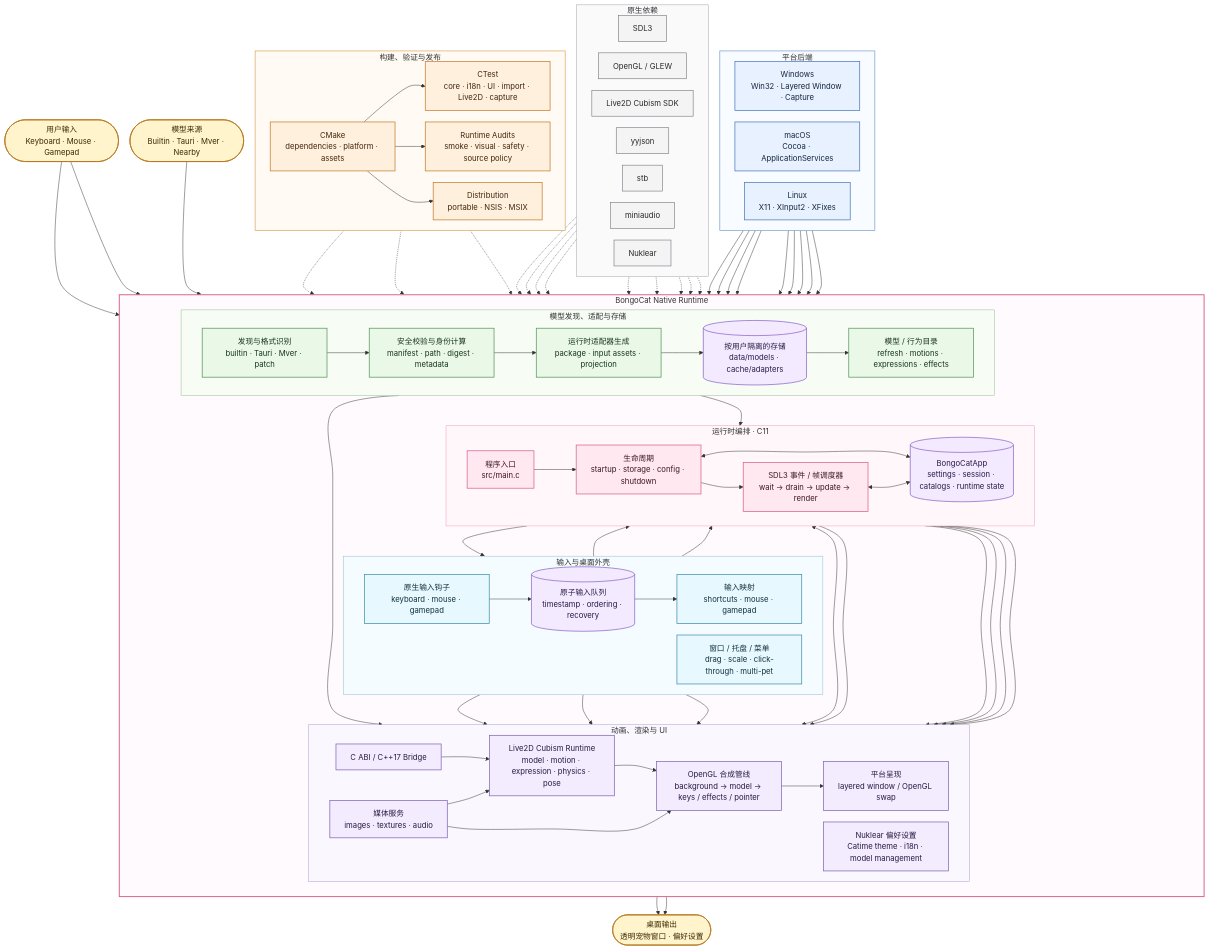
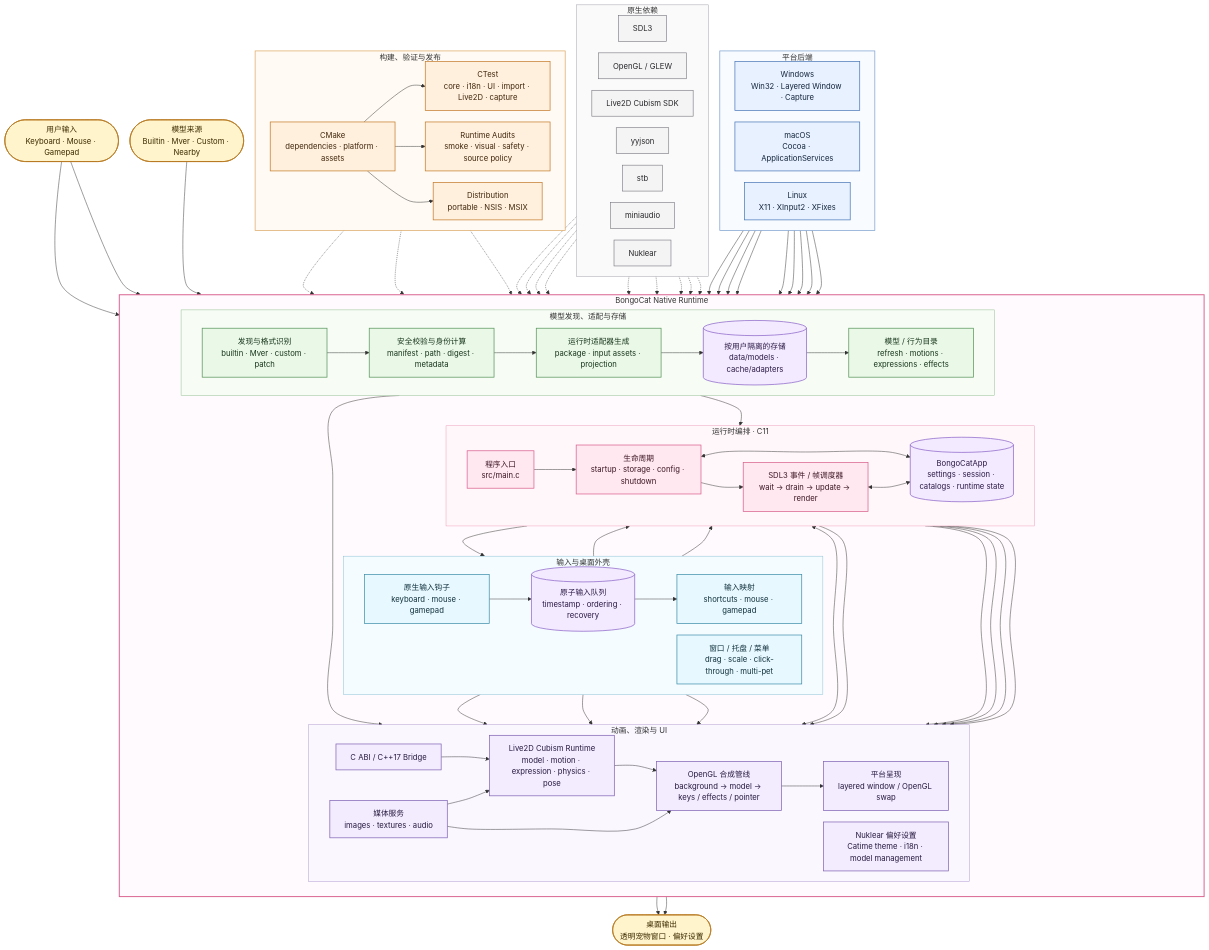
The diagram in README.md (himyjan/BongoCat), drawn with Mermaid before and after one commit. The commit also changed other lines of this file, not shown here.

Commit message:
feat(docs): update native architecture wording

```diff
--- a/README.md
+++ b/README.md
@@ -59,7 +59,7 @@
 %%{init: {"flowchart": {"curve": "catmullRom", "htmlLabels": true, "nodeSpacing": 24, "rankSpacing": 38}}}%%
 flowchart TB
   User(["用户输入<br/>Keyboard · Mouse · Gamepad"])
-  ModelSources(["模型来源<br/>Builtin · Tauri · Mver · Nearby"])
+  ModelSources(["模型来源<br/>Builtin · Mver · Custom · Nearby"])
   Desktop(["桌面输出<br/>透明宠物窗口 · 偏好设置"])
 
   subgraph Platform["平台后端"]
@@ -99,7 +99,7 @@
 
     subgraph ModelPipeline["模型发现、适配与存储"]
       direction LR
-      Discover["发现与格式识别<br/>builtin · Tauri · Mver · patch"]
+      Discover["发现与格式识别<br/>builtin · Mver · custom · patch"]
       Validate["安全校验与身份计算<br/>manifest · path · digest · metadata"]
       Adapt["运行时适配器生成<br/>package · input assets · projection"]
       Store[("按用户隔离的存储<br/>data/models · cache/adapters")]
```
